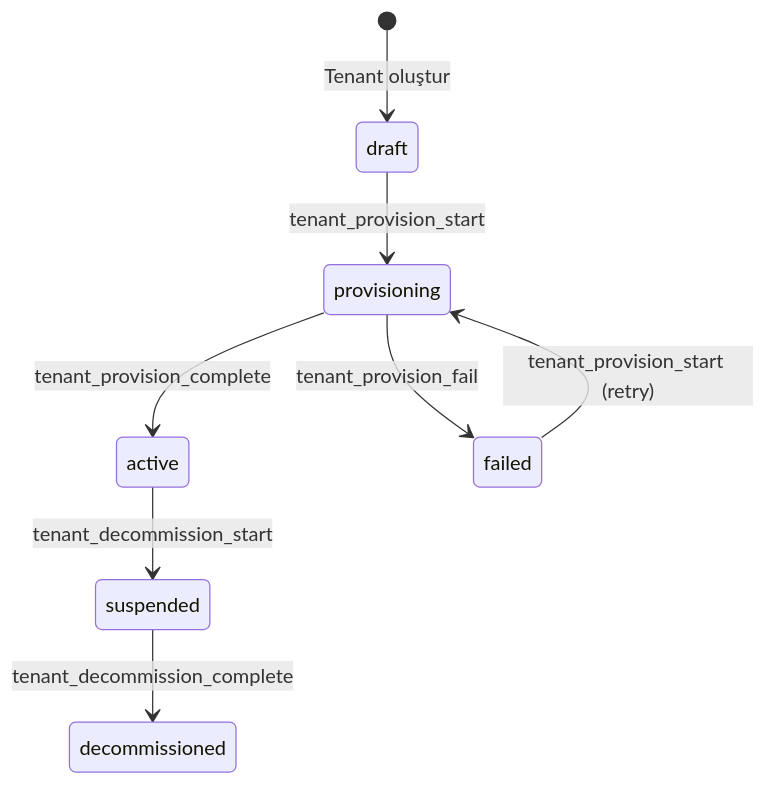
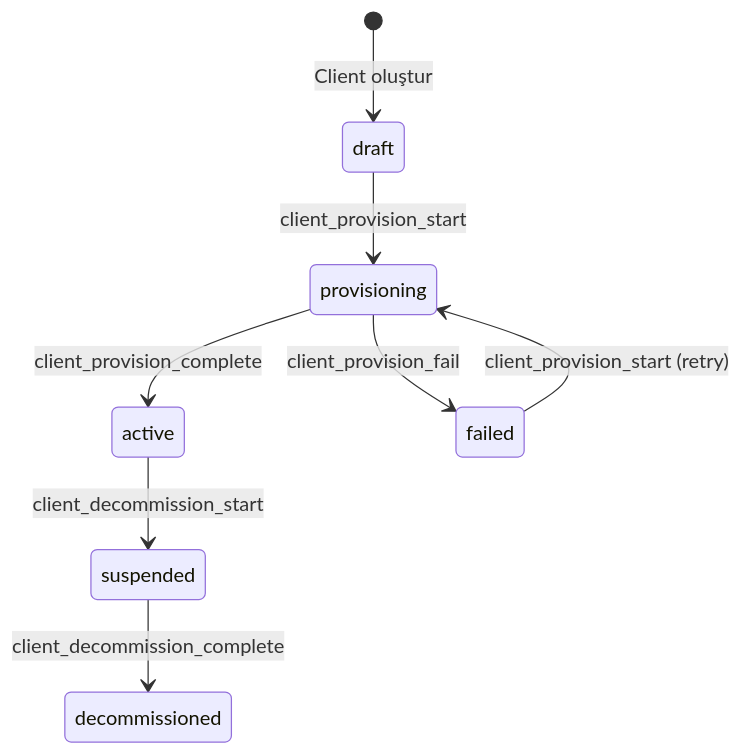
Before and after one commit to frhtshn/One.DB: the second of 2 diagrams in .docs/guides/SPEC_PLATFORM_OPERATIONS.md, drawn with Mermaid. The commit also changed other lines of this file and 442 other files, not shown here.

First line of the commit message:
Nucleo → Sortis One ve tenant → client içerik güncellemeleri

````diff
--- a/.docs/guides/SPEC_PLATFORM_OPERATIONS.md
+++ b/.docs/guides/SPEC_PLATFORM_OPERATIONS.md
@@ -66,10 +66,10 @@
 ```mermaid
 stateDiagram-v2
-    [*] --> draft: Tenant oluştur
-    draft --> provisioning: tenant_provision_start
-    provisioning --> active: tenant_provision_complete
-    provisioning --> failed: tenant_provision_fail
-    failed --> provisioning: tenant_provision_start (retry)
-    active --> suspended: tenant_decommission_start
-    suspended --> decommissioned: tenant_decommission_complete
+    [*] --> draft: Client oluştur
+    draft --> provisioning: client_provision_start
+    provisioning --> active: client_provision_complete
+    provisioning --> failed: client_provision_fail
+    failed --> provisioning: client_provision_start (retry)
+    active --> suspended: client_decommission_start
+    suspended --> decommissioned: client_decommission_complete
 ```
````
